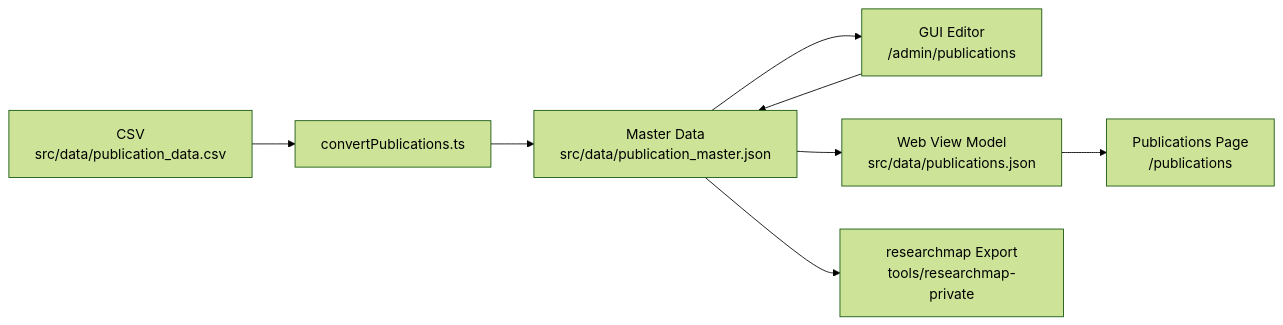
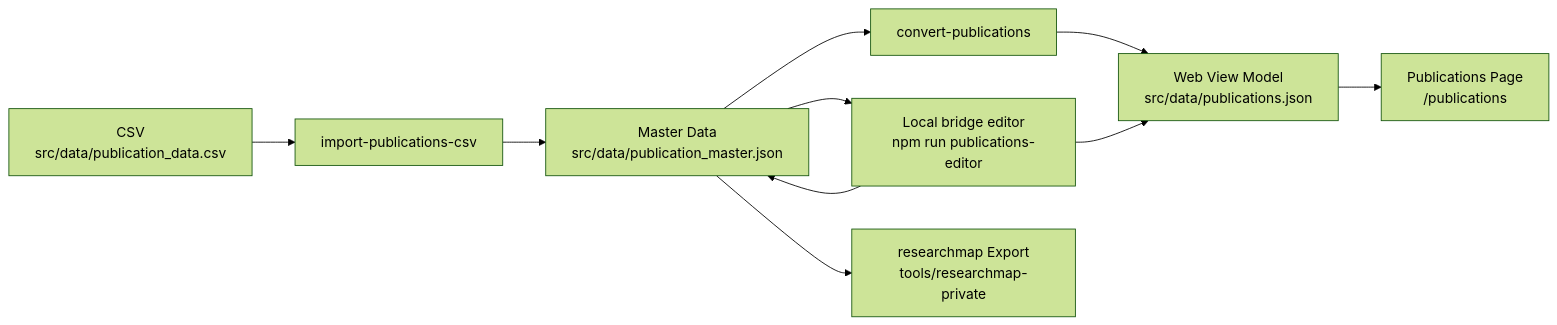
The diagram in docs/admin/publications-management.md (tomiokario/my-web-page), drawn with Mermaid (forest theme) before and after one commit. The commit also changed other lines of this file and 36 other files, not shown here.

Commit message:
出版物 master data 正本化とローカル editor 分離を反映

````diff
--- a/docs/admin/publications-management.md
+++ b/docs/admin/publications-management.md
@@ -49,10 +60,12 @@
 ```mermaid
 flowchart LR
-    A[CSV<br/>src/data/publication_data.csv] --> B[convertPublications.ts]
+    A[CSV<br/>src/data/publication_data.csv] --> B[import-publications-csv]
     B --> C[Master Data<br/>src/data/publication_master.json]
-    C --> D[GUI Editor<br/>/admin/publications]
-    D --> C
-    C --> E[Web View Model<br/>src/data/publications.json]
-    E --> F[Publications Page<br/>/publications]
-    C --> G[researchmap Export<br/>tools/researchmap-private]
+    C --> D[convert-publications]
+    D --> E[Web View Model<br/>src/data/publications.json]
+    C --> F[Local bridge editor<br/>npm run publications-editor]
+    F --> C
+    F --> E
+    E --> G[Publications Page<br/>/publications]
+    C --> H[researchmap Export<br/>tools/researchmap-private]
 ```
````
